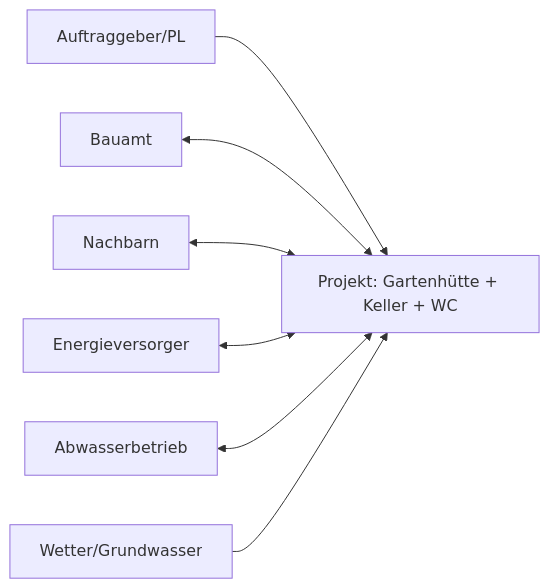
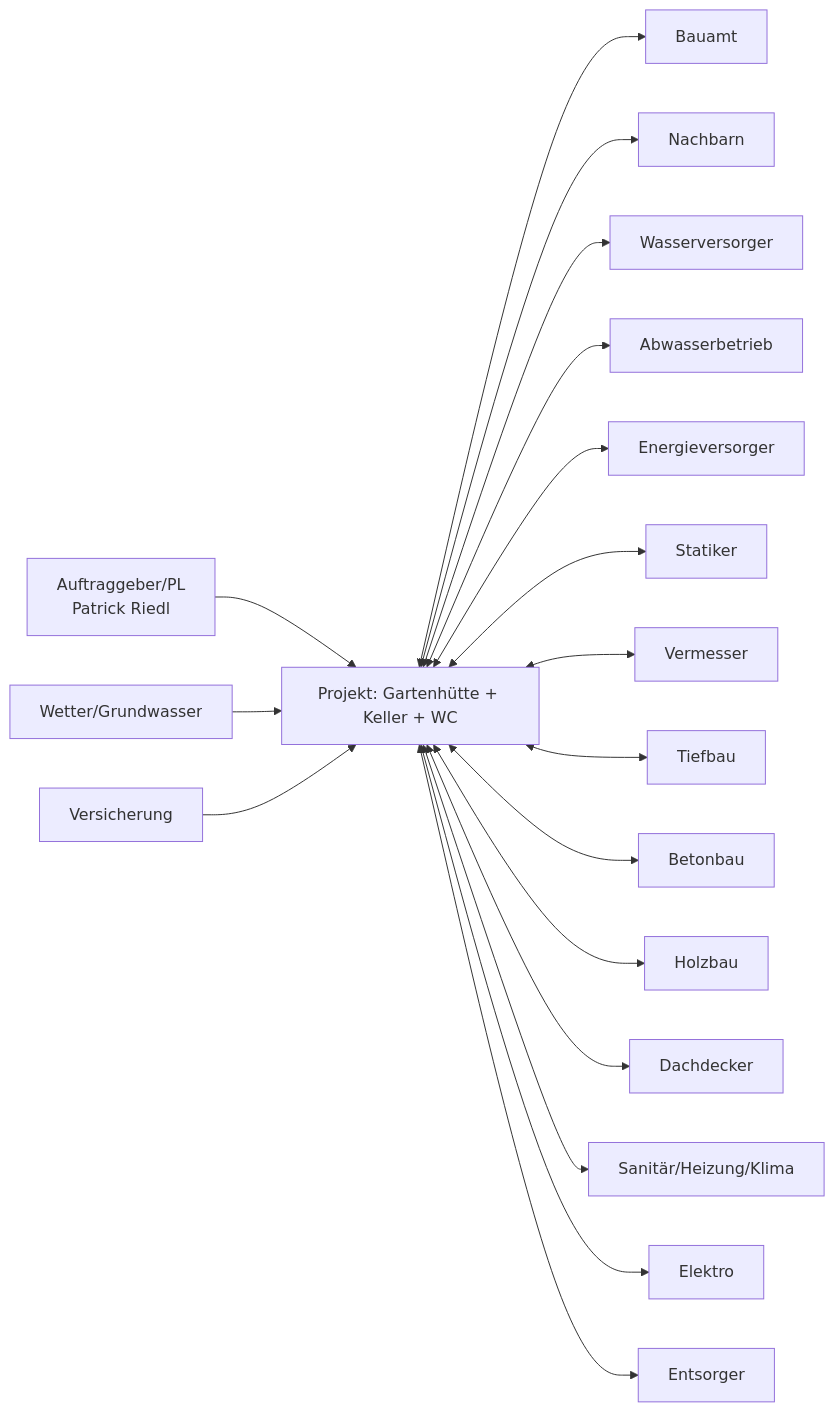
The second of 8 diagrams in Klassen 1-Matura/4.Klasse/ITP2/Projektleiterhandbuch.md (PatrickMagAnime/schulevault), drawn with Mermaid before and after one commit. The commit also changed other lines of this file, not shown here.

````diff
--- a/Klassen 1-Matura/4.Klasse/ITP2/Projektleiterhandbuch.md
+++ b/Klassen 1-Matura/4.Klasse/ITP2/Projektleiterhandbuch.md
@@ -457,17 +489,39 @@
 ```mermaid
-%% Systemkontext
 flowchart LR
-  AG[Auftraggeber/PL]
-  GH[Projekt: Gartenhütte + Keller + WC]
+  AG[Auftraggeber/PL<br/>Patrick Riedl]
+  PROJ[Projekt: Gartenhütte + Keller + WC]
   BA[Bauamt]
   NA[Nachbarn]
+  WS[Wasserversorger]
+  ABW[Abwasserbetrieb]
   EV[Energieversorger]
-  AB[Abwasserbetrieb]
+  ST[Statiker]
+  VB[Vermesser]
+  TB[Tiefbau]
+  BB[Betonbau]
+  HB[Holzbau]
+  DD[Dachdecker]
+  SHK[Sanitär/Heizung/Klima]
+  EL[Elektro]
+  EN[Entsorger]
   GW[Wetter/Grundwasser]
-  AG --> GH
-  BA <--> GH
-  NA <--> GH
-  EV <--> GH
-  AB <--> GH
-  GW --> GH
+  VS[Versicherung]
+
+  AG --> PROJ
+  PROJ <--> BA
+  PROJ <--> NA
+  PROJ <--> WS
+  PROJ <--> ABW
+  PROJ <--> EV
+  PROJ <--> ST
+  PROJ <--> VB
+  PROJ <--> TB
+  PROJ <--> BB
+  PROJ <--> HB
+  PROJ <--> DD
+  PROJ <--> SHK
+  PROJ <--> EL
+  PROJ <--> EN
+  GW --> PROJ
+  VS --> PROJ
 ```
````
